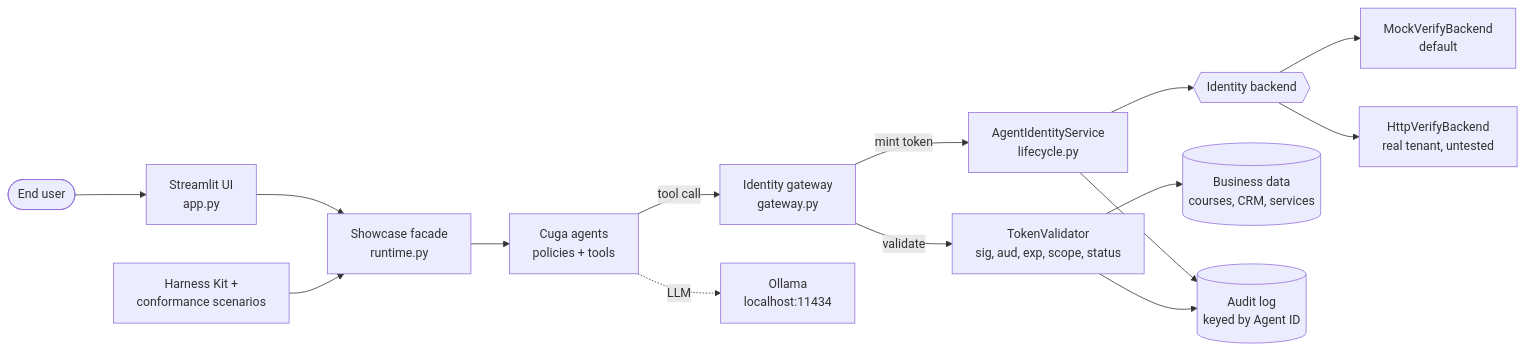
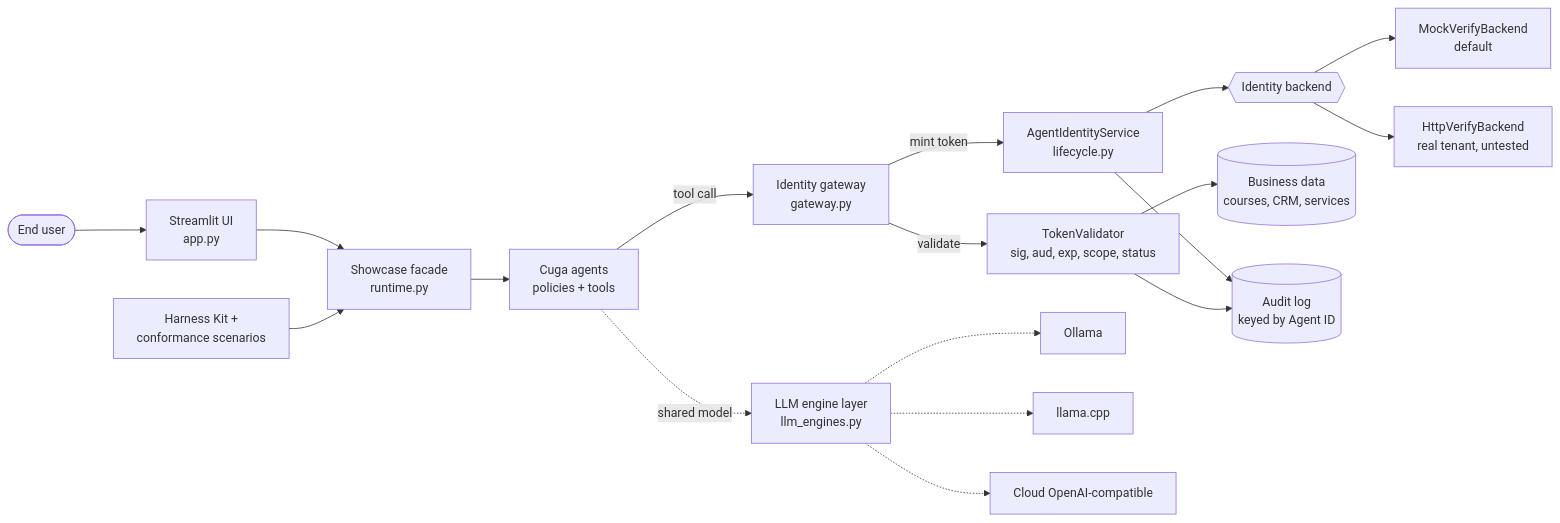
Before and after one commit to aairom/cuga-agentidentity: the first of 4 diagrams in README.md, drawn with Mermaid. The commit also changed other lines of this file and 17 other files, not shown here.

````diff
--- a/README.md
+++ b/README.md
@@ -36,17 +38,20 @@
 ```mermaid
 flowchart LR
     User([End user]) --> UI[Streamlit UI<br/>app.py]
     UI --> SC[Showcase facade<br/>runtime.py]
     SC --> CUGA[Cuga agents<br/>policies + tools]
     CUGA -->|tool call| GW[Identity gateway<br/>gateway.py]
     GW -->|mint token| SVC[AgentIdentityService<br/>lifecycle.py]
     SVC --> BE{{Identity backend}}
     BE --> MOCK[MockVerifyBackend<br/>default]
     BE --> HTTP[HttpVerifyBackend<br/>real tenant, untested]
     GW -->|validate| TV[TokenValidator<br/>sig, aud, exp, scope, status]
     TV --> TOOLS[(Business data<br/>courses, CRM, services)]
     SVC --> AUD[(Audit log<br/>keyed by Agent ID)]
     TV --> AUD
-    CUGA -.->|LLM| OLL[Ollama<br/>localhost:11434]
+    CUGA -.->|shared model| ENG[LLM engine layer<br/>llm_engines.py]
+    ENG -.-> OLL[Ollama]
+    ENG -.-> LCP[llama.cpp]
+    ENG -.-> CLD[Cloud OpenAI-compatible]
     HK[Harness Kit +<br/>conformance scenarios] --> SC
 ```
````
